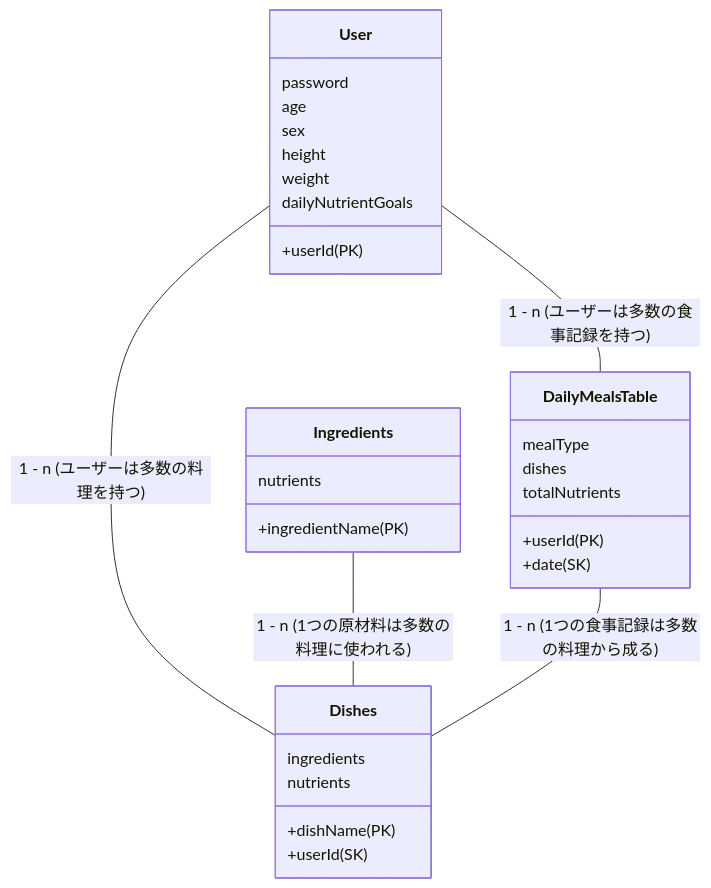
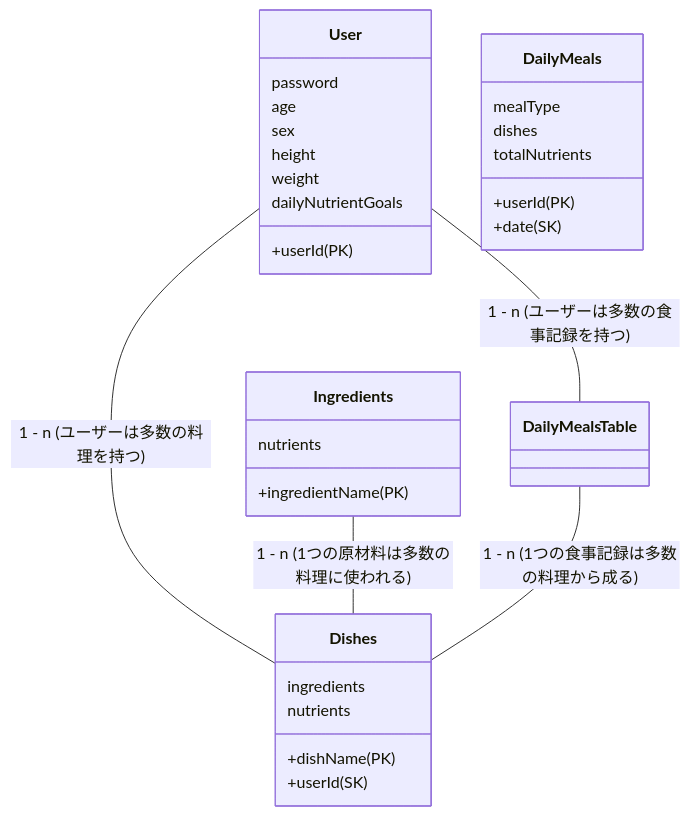
Before and after one commit to taichi-126/mti-inter: the diagram in README.md, drawn with Mermaid.

````diff
--- a/README.md
+++ b/README.md
@@ -7,38 +7,38 @@
 ```mermaid
 classDiagram
     User -- DailyMealsTable : 1 - n (ユーザーは多数の食事記録を持つ)
     User -- Dishes : 1 - n (ユーザーは多数の料理を持つ)
     Ingredients -- Dishes : 1 - n (1つの原材料は多数の料理に使われる)
     DailyMealsTable -- Dishes : 1 - n (1つの食事記録は多数の料理から成る)
 
     class User {
         +userId (PK)
         password
         age
         sex
         height
 　　　　　　　　　　　　　　　　weight
         dailyNutrientGoals
     }
 
     class Dishes {
         +dishName (PK)
         +userId (SK)
         ingredients
         nutrients
     }
 
-    class DailyMealsTable {
+    class DailyMeals {
         +userId (PK)
         +date (SK)
         mealType
         dishes
         totalNutrients
     }
 
     class Ingredients {
         +ingredientName (PK)
         nutrients
     }
 
 ```
````
